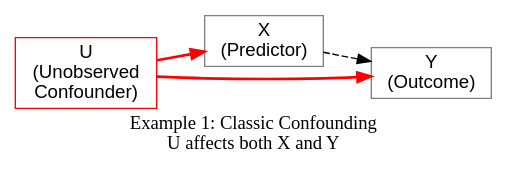
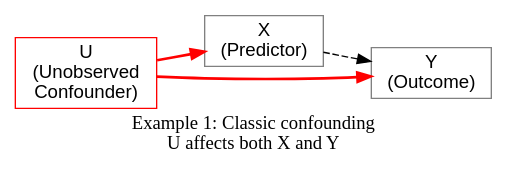
One commit to pennekampster/Swiss_SEM changed the first of 34 diagrams in 5_Slides/Intro_to_SEM_part1.qmd. Above: the diagram before and after it, drawn with Graphviz. The commit also changed other lines of this file and 5 other files, not shown here.

````diff
--- a/5_Slides/Intro_to_SEM_part1.qmd
+++ b/5_Slides/Intro_to_SEM_part1.qmd
@@ -197,18 +193,18 @@
 ```{dot}
 digraph confounding_classic {
   rankdir = LR;
   
   node [shape = box, fontname = Helvetica, color = "gray"];
   U [label = "U\n(Unobserved\nConfounder)", color = "red"];
   X [label = "X\n(Predictor)"];
   Y [label = "Y\n(Outcome)"];
   
   U -> X [color = "red", penwidth = 2];
   U -> Y [color = "red", penwidth = 2];
   X -> Y [style = "dashed"];
   
-  label = "Example 1: Classic Confounding\nU affects both X and Y";
+  label = "Example 1: Classic confounding\nU affects both X and Y";
   labelloc = "b";
 }
 
 ```
````
